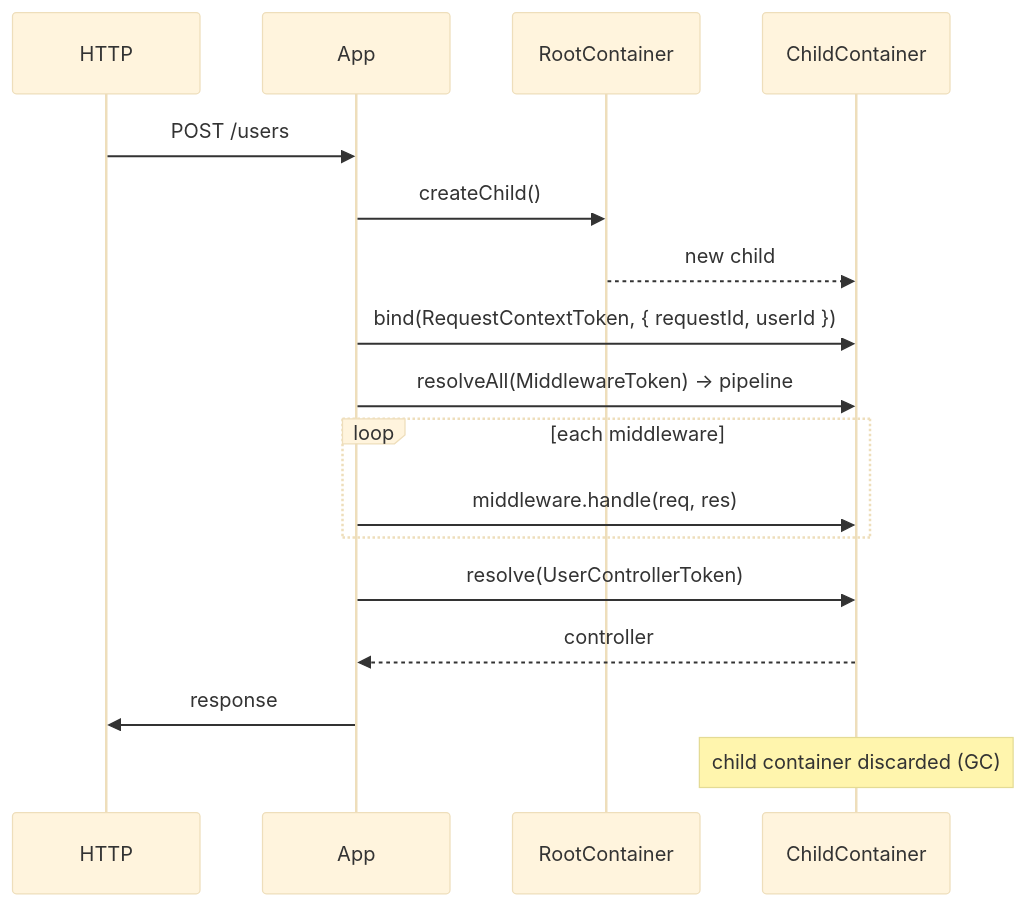
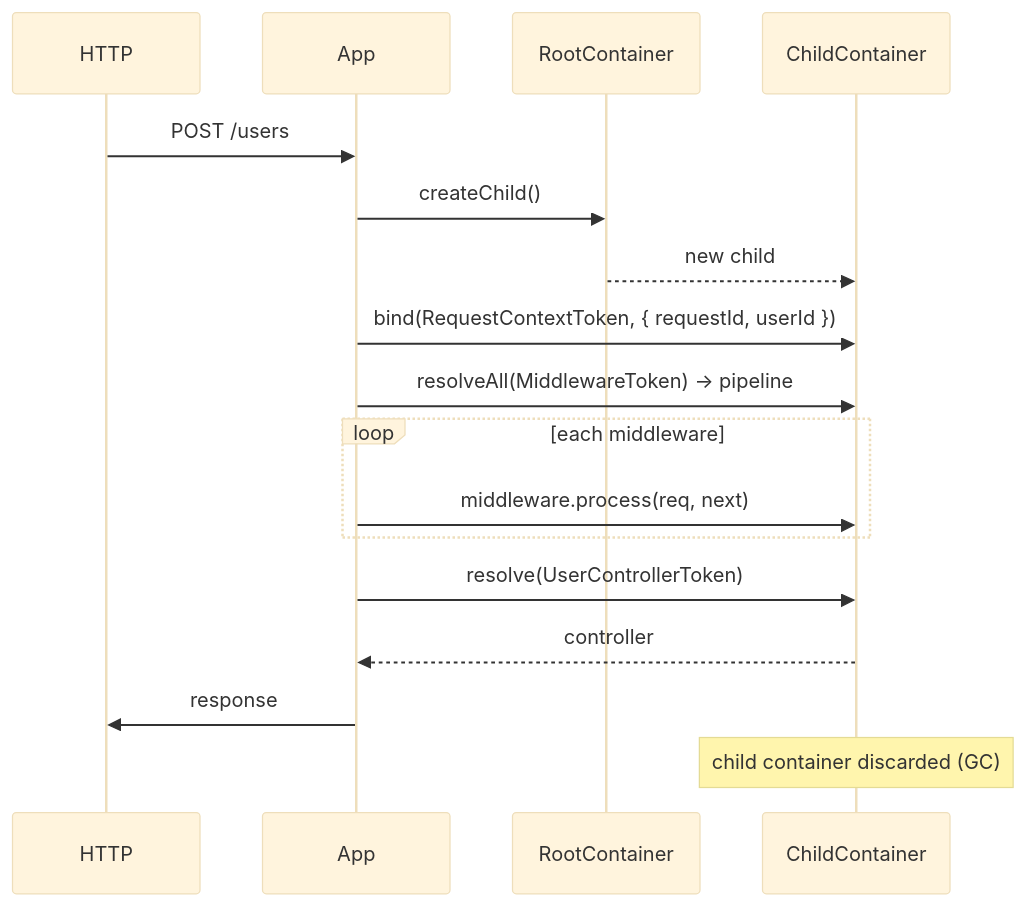
One commit to codefastlabs/codefast changed the second of 2 diagrams in packages/di/examples/07-real-world-web-app/README.md. Above: the diagram before and after it, drawn with Mermaid (base theme). The commit also changed other lines of this file and 9 other files, not shown here.

````diff
--- a/packages/di/examples/07-real-world-web-app/README.md
+++ b/packages/di/examples/07-real-world-web-app/README.md
@@ -52,20 +52,20 @@
 ```mermaid
 sequenceDiagram
     participant HTTP
     participant App
     participant RootContainer
     participant ChildContainer
 
     HTTP->>App: POST /users
     App->>RootContainer: createChild()
     RootContainer-->>ChildContainer: new child
     App->>ChildContainer: bind(RequestContextToken, { requestId, userId })
     App->>ChildContainer: resolveAll(MiddlewareToken) → pipeline
     loop each middleware
-        App->>ChildContainer: middleware.handle(req, res)
+        App->>ChildContainer: middleware.process(req, next)
     end
     App->>ChildContainer: resolve(UserControllerToken)
     ChildContainer-->>App: controller
     App->>HTTP: response
     Note over ChildContainer: child container discarded (GC)
 ```
````
